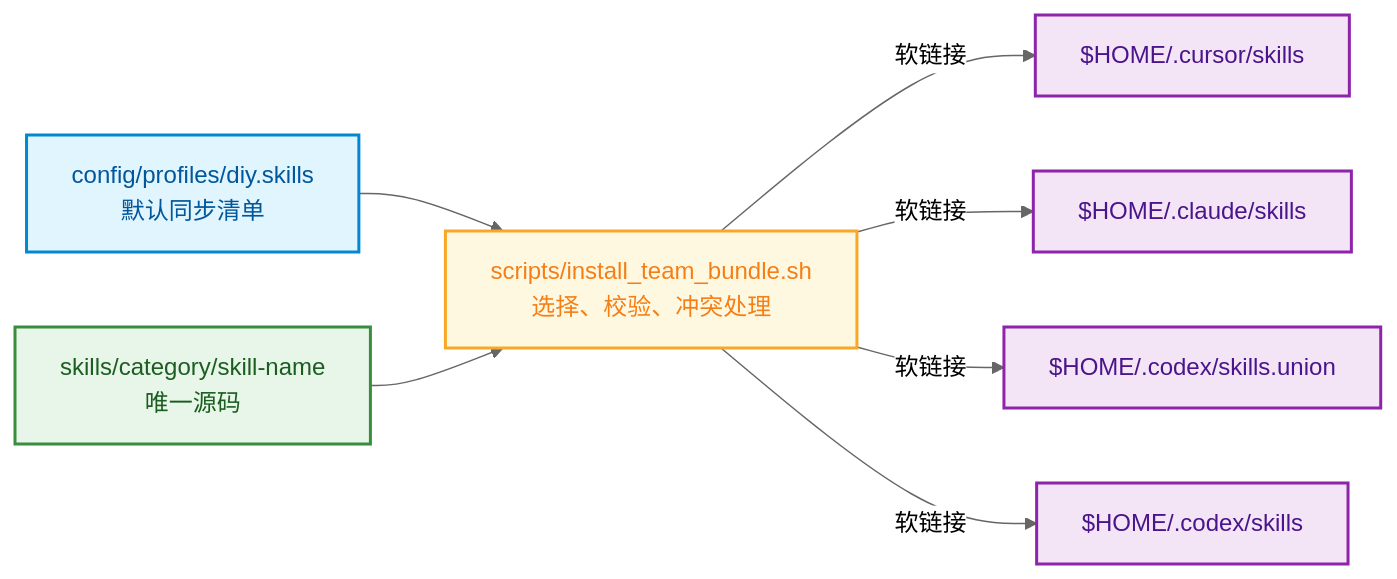
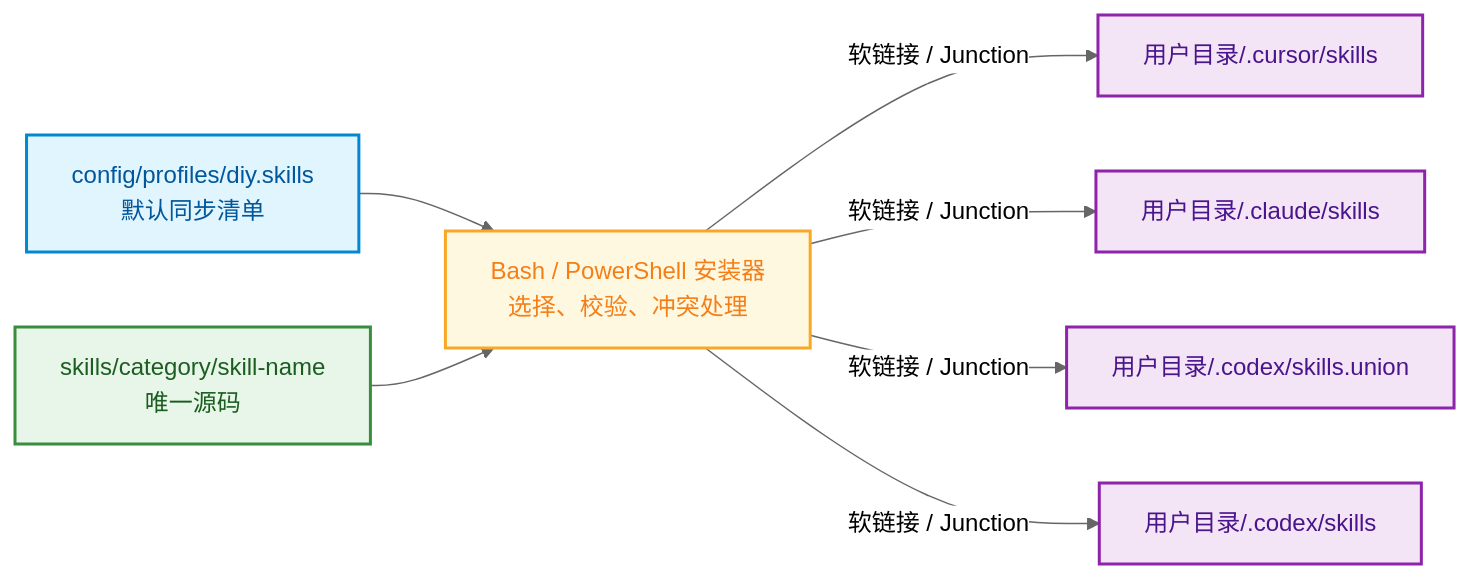
One commit to u7-u7/dev-skills changed the second of 4 diagrams in README.md. Above: the diagram before and after it, drawn with Mermaid (neutral theme). The commit also changed other lines of this file and 4 other files, not shown here.

````diff
--- a/README.md
+++ b/README.md
@@ -71,26 +86,26 @@
 ```mermaid
 flowchart LR
     PROFILE["config/profiles/diy.skills<br/>默认同步清单"]
     SOURCE["skills/category/skill-name<br/>唯一源码"]
-    INSTALLER["scripts/install_team_bundle.sh<br/>选择、校验、冲突处理"]
-    CURSOR["$HOME/.cursor/skills"]
-    CLAUDE["$HOME/.claude/skills"]
-    CODEX1["$HOME/.codex/skills.union"]
-    CODEX2["$HOME/.codex/skills"]
+    INSTALLER["Bash / PowerShell 安装器<br/>选择、校验、冲突处理"]
+    CURSOR["用户目录/.cursor/skills"]
+    CLAUDE["用户目录/.claude/skills"]
+    CODEX1["用户目录/.codex/skills.union"]
+    CODEX2["用户目录/.codex/skills"]
 
     PROFILE --> INSTALLER
     SOURCE --> INSTALLER
-    INSTALLER -->|"软链接"| CURSOR
-    INSTALLER -->|"软链接"| CLAUDE
-    INSTALLER -->|"软链接"| CODEX1
-    INSTALLER -->|"软链接"| CODEX2
+    INSTALLER -->|"软链接 / Junction"| CURSOR
+    INSTALLER -->|"软链接 / Junction"| CLAUDE
+    INSTALLER -->|"软链接 / Junction"| CODEX1
+    INSTALLER -->|"软链接 / Junction"| CODEX2
 
     classDef profile fill:#E1F5FE,stroke:#0288D1,color:#01579B,stroke-width:2px;
     classDef source fill:#E8F5E9,stroke:#388E3C,color:#1B5E20,stroke-width:2px;
     classDef script fill:#FFF8E1,stroke:#F9A825,color:#F57F17,stroke-width:2px;
     classDef target fill:#F3E5F5,stroke:#8E24AA,color:#4A148C,stroke-width:2px;
     class PROFILE profile;
     class SOURCE source;
     class INSTALLER script;
     class CURSOR,CLAUDE,CODEX1,CODEX2 target;
 ```
````
